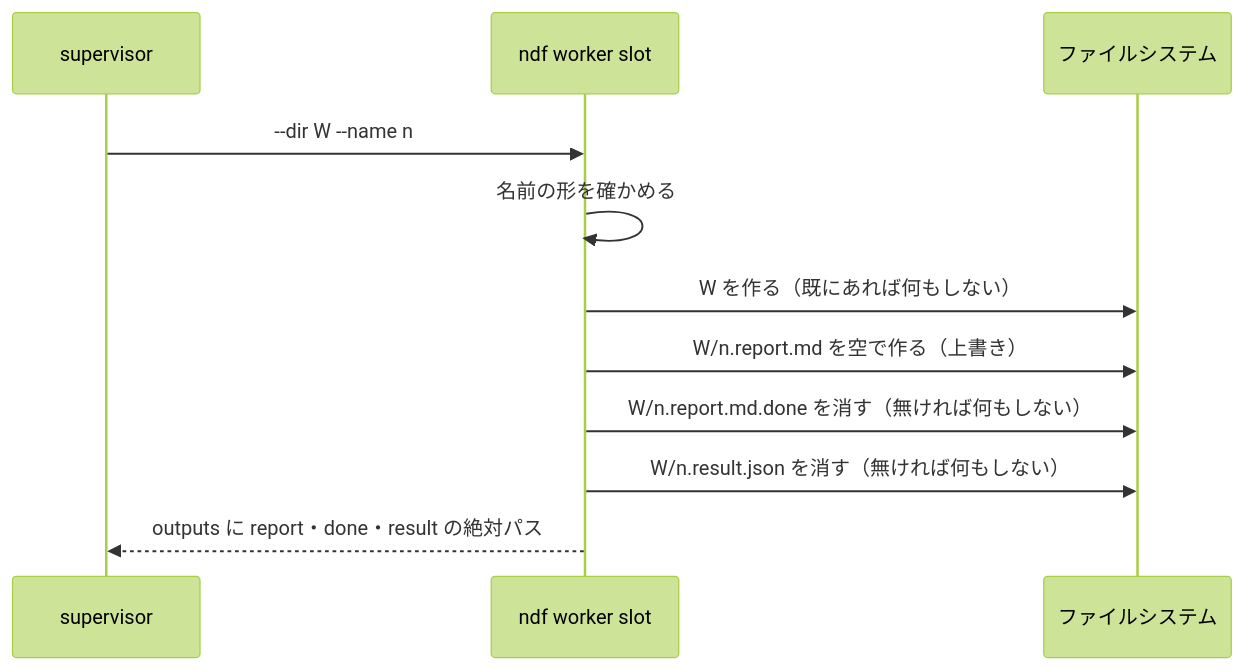
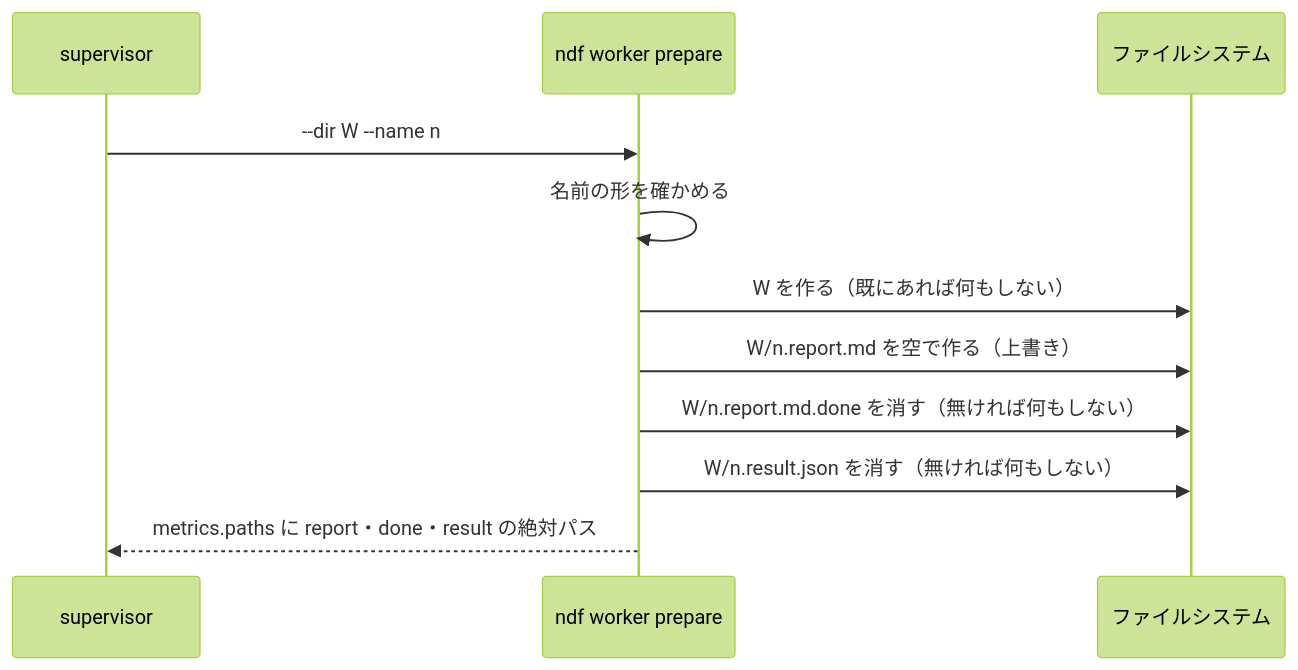
One commit to devbasex/ai-plugins changed the fourth of 4 diagrams in issues/issue-3877-design.md. Above: the diagram before and after it, drawn with Mermaid (forest theme). The commit also changed other lines of this file and 2 other files, not shown here.

````diff
--- a/issues/issue-3877-design.md
+++ b/issues/issue-3877-design.md
@@ -97,13 +99,13 @@
 ```mermaid
 sequenceDiagram
     participant S as supervisor
-    participant C as ndf worker slot
+    participant C as ndf worker prepare
     participant F as ファイルシステム
     S->>C: --dir W --name n
     C->>C: 名前の形を確かめる
     C->>F: W を作る（既にあれば何もしない）
     C->>F: W/n.report.md を空で作る（上書き）
     C->>F: W/n.report.md.done を消す（無ければ何もしない）
     C->>F: W/n.result.json を消す（無ければ何もしない）
-    C-->>S: outputs に report・done・result の絶対パス
+    C-->>S: metrics.paths に report・done・result の絶対パス
 ```
````
